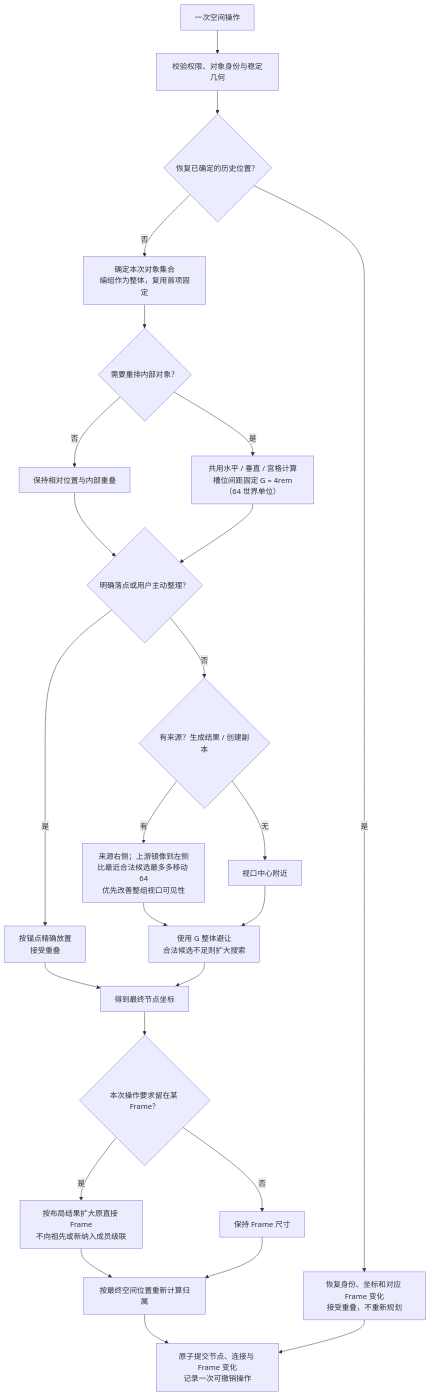
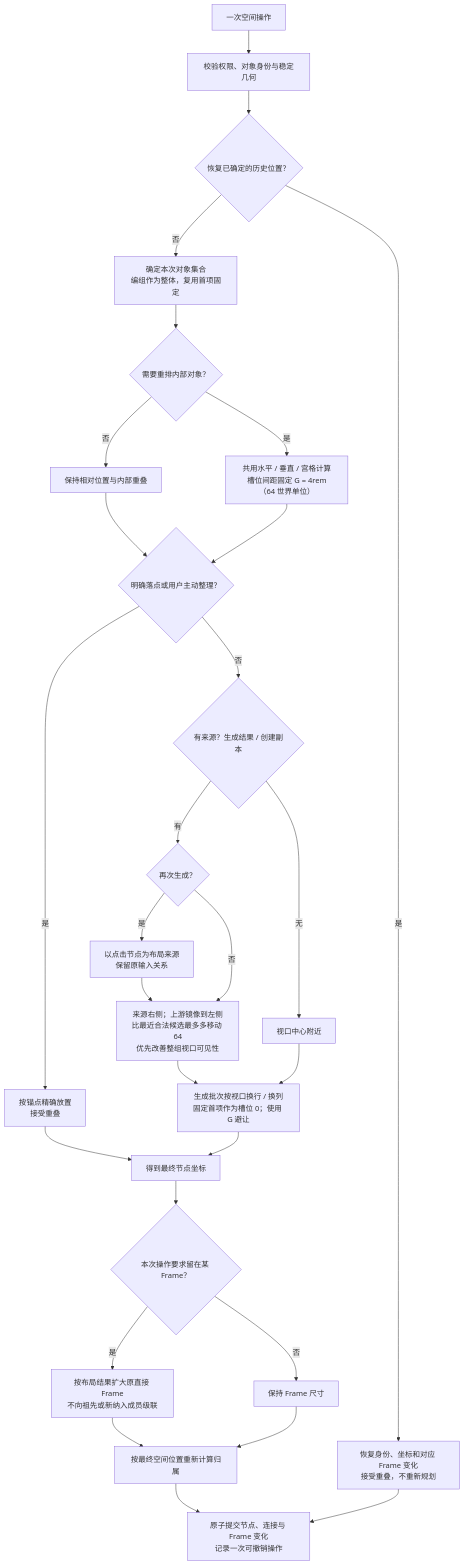
Before and after one commit to lazyq666/reroll-ai-canvas: the first of 2 diagrams in docs/active/2026-09-05-smart-canvas-unified-spatial-layout-spec.md, drawn with Mermaid. The commit also changed other lines of this file and 153 other files, not shown here.

````diff
--- a/docs/active/2026-09-05-smart-canvas-unified-spatial-layout-spec.md
+++ b/docs/active/2026-09-05-smart-canvas-unified-spatial-layout-spec.md
@@ -104,27 +105,30 @@
 ```mermaid
 flowchart TD
     A["一次空间操作"] --> B["校验权限、对象身份与稳定几何"]
     B --> B1{"恢复已确定的历史位置？"}
     B1 -->|"是"| B2["恢复身份、坐标和对应 Frame 变化<br/>接受重叠，不重新规划"]
     B1 -->|"否"| C["确定本次对象集合<br/>编组作为整体，复用首项固定"]
     C --> D{"需要重排内部对象？"}
     D -->|"否"| E["保持相对位置与内部重叠"]
     D -->|"是"| F["共用水平 / 垂直 / 宫格计算<br/>槽位间距固定 G = 4rem（64 世界单位）"]
     E --> G{"明确落点或用户主动整理？"}
     F --> G
     G -->|"是"| H["按锚点精确放置<br/>接受重叠"]
     G -->|"否"| I{"有来源？生成结果 / 创建副本"}
-    I -->|"有"| J["来源右侧；上游镜像到左侧<br/>比最近合法候选最多多移动 64<br/>优先改善整组视口可见性"]
+    I -->|"有"| I1{"再次生成？"}
+    I1 -->|"是"| I2["以点击节点为布局来源<br/>保留原输入关系"]
+    I2 --> J
+    I1 -->|"否"| J["来源右侧；上游镜像到左侧<br/>比最近合法候选最多多移动 64<br/>优先改善整组视口可见性"]
     I -->|"无"| K["视口中心附近"]
-    J --> L["使用 G 整体避让<br/>合法候选不足则扩大搜索"]
+    J --> L["生成批次按视口换行 / 换列<br/>固定首项作为槽位 0；使用 G 避让"]
     K --> L
     H --> M["得到最终节点坐标"]
     L --> M
     M --> N{"本次操作要求留在某 Frame？"}
     N -->|"是"| O["按布局结果扩大原直接 Frame<br/>不向祖先或新纳入成员级联"]
     N -->|"否"| P["保持 Frame 尺寸"]
     O --> Q["按最终空间位置重新计算归属"]
     P --> Q
     Q --> R["原子提交节点、连接与 Frame 变化<br/>记录一次可撤销操作"]
     B2 --> R
 ```
````
